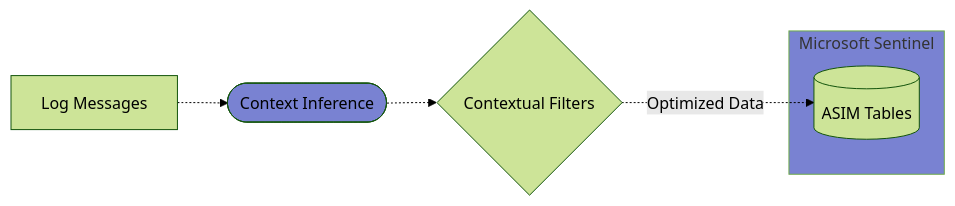
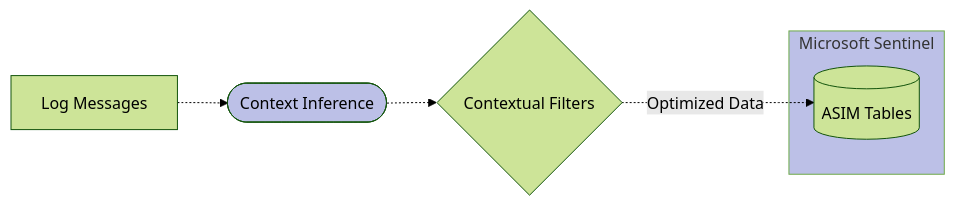
Before and after one commit to VirtualMetric/virtualmetric-docs: the eighth of 8 diagrams in docs/about/key-features.mdx, drawn with Mermaid (forest theme). The commit also changed other lines of this file and 7 other files, not shown here.

````diff
--- a/docs/about/key-features.mdx
+++ b/docs/about/key-features.mdx
@@ -332,14 +332,14 @@
 ```mermaid
 graph LR
     Log[Log Messages] -.-> Context([Context Inference])
     Context -.-> Filter{Contextual Filters}
     
     subgraph Sentinel[Microsoft Sentinel]
         ASIM[(ASIM Tables)]
     end
     
     Filter -.-> |Optimized Data| ASIM
     
-    style Sentinel fill:#7982D2
-    style Context fill:#7982D2
+    style Sentinel fill:#BCC0E7
+    style Context fill:#BCC0E7
 ```
````
